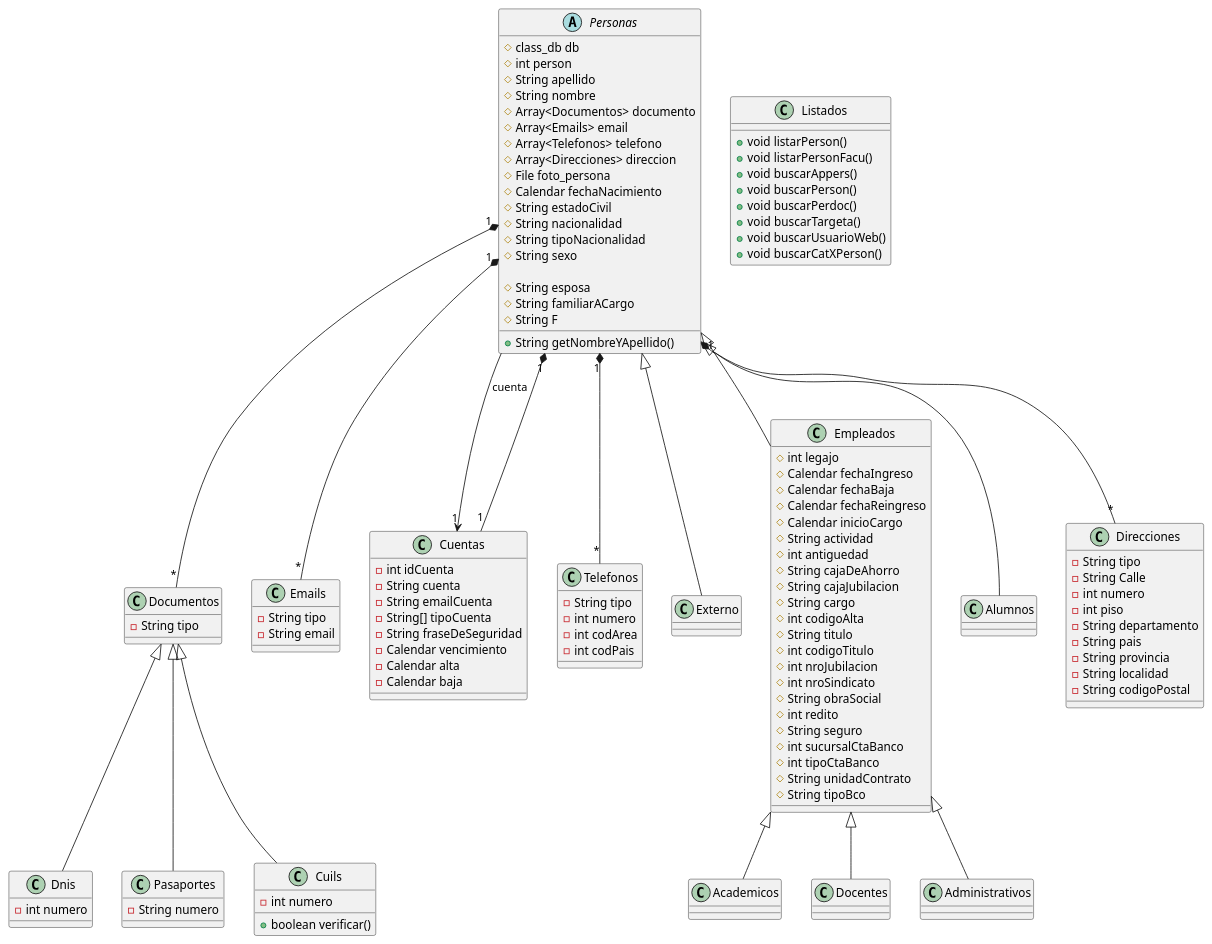
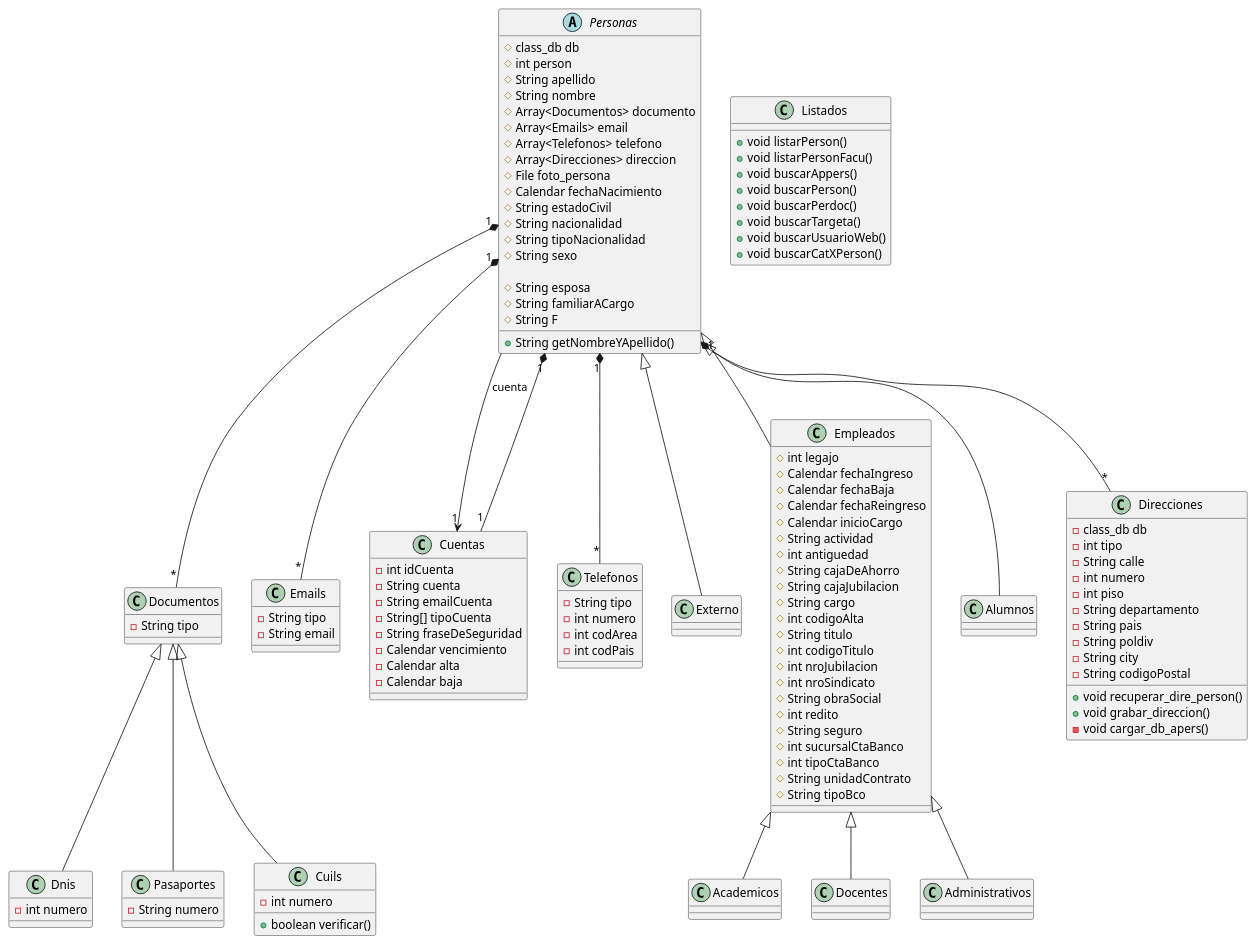
One commit to iberlot/clasesPersonas changed the diagram in Class Diagrams/diagramasClases.puml. Above: the diagram before and after it, drawn with PlantUML. The commit also changed 1 other file, not shown here.

Commit message:
puesta de la clase Direcciones
Se completa la primer versión del archivo de la clase direcciones. Queda completar las verificaciones de los setters para mas adelante.

```diff
--- a/Class Diagrams/diagramasClases.puml
+++ b/Class Diagrams/diagramasClases.puml
@@ -1,140 +1,145 @@
 @startuml
 
 
 abstract class Personas {
 	#class_db db
 	#int person
 	#String apellido
 	#String nombre
 	#Array<Documentos> documento
 	#Array<Emails> email
 	#Array<Telefonos> telefono
 	#Array<Direcciones> direccion
 	#File foto_persona
 	#Calendar fechaNacimiento
 	#String estadoCivil
 	#String nacionalidad
 	#String tipoNacionalidad
 	#String sexo
 	
 	#String esposa
 	#String familiarACargo
 	#String F
 	
 	
 	+String getNombreYApellido()
 }
 
 
 class Dnis [[java:personas.Dnis]] {
 	-int numero
 }
 abstract class Documentos [[java:personas.Documentos]] {
 	-String tipo
 }
 class Emails [[java:personas.Emails]] {
 	-String tipo
 	-String email
 }
 class Cuentas [[java:personas.Cuentas]] {
 	-int idCuenta
 	-String cuenta
 	-String emailCuenta
 	-String[] tipoCuenta
 	-String fraseDeSeguridad
 	-Calendar vencimiento
 	-Calendar alta
 	-Calendar baja
 }
 class Academicos [[java:personas.Academicos]] {
 }
 class Telefonos [[java:personas.Telefonos]] {
 	-String tipo
 	-int numero
 	-int codArea
 	-int codPais
 }
 class Externo [[java:personas.Externo]] {
 }
 abstract class Empleados [[java:personas.Empleados]] {
 	#int legajo
 	#Calendar fechaIngreso
 	#Calendar fechaBaja
 	#Calendar fechaReingreso
 	#Calendar inicioCargo
 	#String actividad
 	#int antiguedad
 	#String cajaDeAhorro
 	#String cajaJubilacion
 	#String cargo
 	#int codigoAlta
 	#String titulo
 	#int codigoTitulo
 	#int nroJubilacion
 	#int nroSindicato
 	#String obraSocial
 	#int redito
 	#String seguro
 	#int sucursalCtaBanco
 	#int tipoCtaBanco
 	#String unidadContrato
 	#String tipoBco
 	
 }
 class Docentes [[java:personas.Docentes]] {
 }
 class Pasaportes [[java:personas.Pasaportes]] {
 	-String numero
 }
 class Cuils [[java:personas.Cuils]] {
 	-int numero
 	+boolean verificar()
 }
 class Documentos [[java:personas.Documentos]] {
 }
 class Alumnos [[java:personas.Alumnos]] {
 }
 class Listados [[java:personas.Listados]] {
 	+void listarPerson()
 	+void listarPersonFacu()
 	+void buscarAppers()
 	+void buscarPerson()
 	+void buscarPerdoc()
 	+void buscarTargeta()
 	+void buscarUsuarioWeb()
 	+void buscarCatXPerson()
 }
 class Administrativos [[java:personas.Administrativos]] {
 }
 class Empleados [[java:personas.Empleados]] {
 }
-class Direcciones [[java:personas.Direcciones]] {
-	-String tipo
-	-String Calle
+class Direcciones {
+	-class_db db
+	-int tipo
+	-String calle
 	-int numero
 	-int piso
 	-String departamento
 	-String pais
-	-String provincia
-	-String localidad
+	-String poldiv
+	-String city
 	-String codigoPostal
+	
+	+void recuperar_dire_person()
+	+void grabar_direccion()
+	-void cargar_db_apers()
 }
 
 Documentos <|-- Dnis
 Documentos <|-- Pasaportes
 Documentos <|-- Cuils
 Personas <|-- Alumnos
 Personas <|-- Externo
 Personas <|-- Empleados
 Empleados <|-- Administrativos
 Empleados <|-- Academicos
 Empleados <|-- Docentes
 Personas --> "1" Cuentas : cuenta
 
 Personas "1" *-- "*" Documentos
 Personas "1" *-- "*" Direcciones
 Personas "1" *-- "*" Telefonos
 Personas "1" *-- "*" Emails
 Personas "1" *-- "1" Cuentas
 
 @enduml
```
